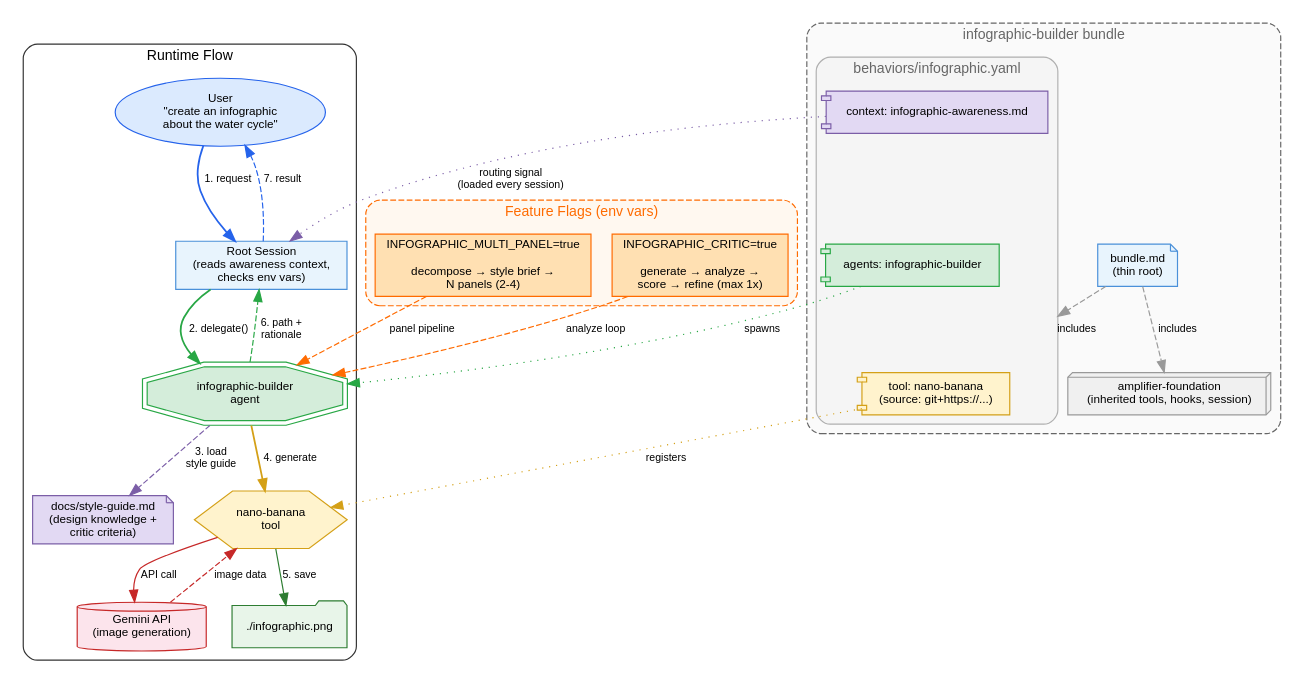
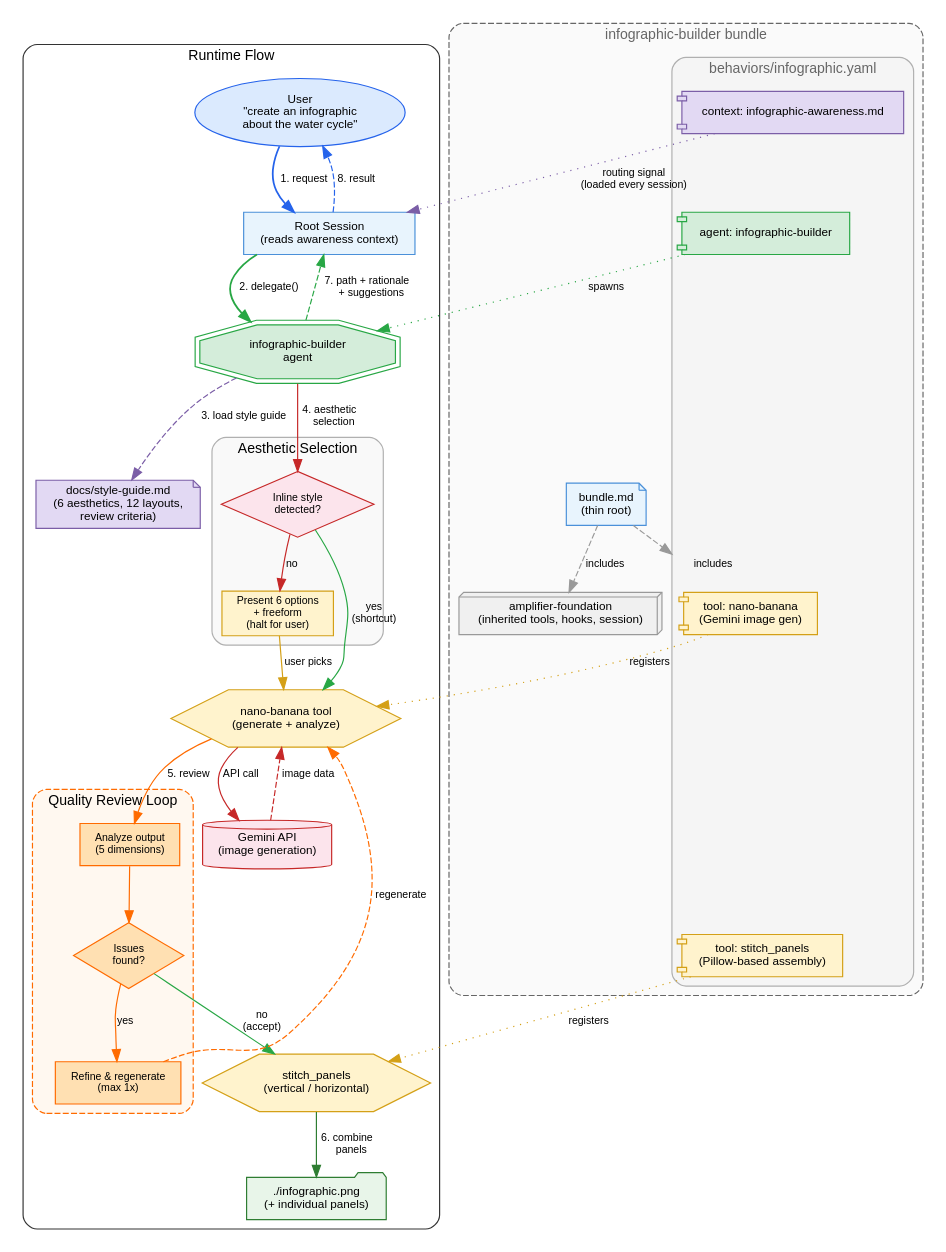
The diagram in docs/architecture.dot (singh2/infographic-builder), drawn with Graphviz before and after one commit. The commit also changed 1 other file, not shown here.

Commit message:
docs: update architecture diagram to reflect current system design
- Removed obsolete feature flag environment variable cluster
- Added aesthetic selection flow with inline detection shortcut
- Added quality review loop with refinement step
- Added stitch_panels tool wiring for multi-panel integration

Updated docs/architecture.dot (Graphviz source) and re-rendered docs/architecture.png

```diff
--- a/docs/architecture.dot
+++ b/docs/architecture.dot
@@ -7,7 +7,7 @@
     compound=true
     newrank=true
 
-    // ── Bundle Composition ──────────────────────────────────
+    // ── Bundle Composition ──────────────────────────────────────
 
     subgraph cluster_bundle {
         label="infographic-builder bundle"
@@ -29,15 +29,22 @@
             color="#b0b0b0"
             bgcolor="#f5f5f5"
 
-            tool_wire [
-                label="tool: nano-banana\n(source: git+https://...)"
+            tool_nano [
+                label="tool: nano-banana\n(Gemini image gen)"
+                shape=component
+                fillcolor="#fff3cd"
+                color="#d4a017"
+            ]
+
+            tool_stitch [
+                label="tool: stitch_panels\n(Pillow-based assembly)"
                 shape=component
                 fillcolor="#fff3cd"
                 color="#d4a017"
             ]
 
             agent_wire [
-                label="agents: infographic-builder"
+                label="agent: infographic-builder"
                 shape=component
                 fillcolor="#d4edda"
                 color="#28a745"
@@ -59,10 +66,10 @@
         ]
 
         bundle_md -> foundation [label="includes" style=dashed color="#999999"]
-        bundle_md -> tool_wire [label="includes" style=dashed color="#999999" lhead=cluster_behavior]
+        bundle_md -> tool_nano [label="includes" style=dashed color="#999999" lhead=cluster_behavior]
     }
 
-    // ── Runtime Components ──────────────────────────────────
+    // ── Runtime Flow ────────────────────────────────────────────
 
     subgraph cluster_runtime {
         label="Runtime Flow"
@@ -78,7 +85,7 @@
         ]
 
         root_session [
-            label="Root Session\n(reads awareness context,\nchecks env vars)"
+            label="Root Session\n(reads awareness context)"
             shape=box
             fillcolor="#e8f4fd"
             color="#4a90d9"
@@ -92,14 +99,37 @@
         ]
 
         style_guide [
-            label="docs/style-guide.md\n(design knowledge +\ncritic criteria)"
+            label="docs/style-guide.md\n(6 aesthetics, 12 layouts,\nreview criteria)"
             shape=note
             fillcolor="#e2d9f3"
             color="#7b5ea7"
         ]
 
+        subgraph cluster_aesthetic {
+            label="Aesthetic Selection"
+            style="rounded"
+            color="#b0b0b0"
+            bgcolor="#f9f9f9"
+
+            aesthetic_detect [
+                label="Inline style\ndetected?"
+                shape=diamond
+                fillcolor="#fce4ec"
+                color="#c62828"
+                fontsize=9
+            ]
+
+            aesthetic_prompt [
+                label="Present 6 options\n+ freeform\n(halt for user)"
+                shape=box
+                fillcolor="#fff3cd"
+                color="#d4a017"
+                fontsize=9
+            ]
+        }
+
         nano_banana [
-            label="nano-banana\ntool"
+            label="nano-banana tool\n(generate + analyze)"
             shape=hexagon
             fillcolor="#fff3cd"
             color="#d4a017"
@@ -112,65 +142,79 @@
             color="#c62828"
         ]
 
+        subgraph cluster_review {
+            label="Quality Review Loop"
+            style="rounded,dashed"
+            color="#ff6b00"
+            bgcolor="#fff8f0"
+
+            review [
+                label="Analyze output\n(5 dimensions)"
+                shape=box
+                fillcolor="#ffe0b2"
+                color="#ff6b00"
+                fontsize=9
+            ]
+
+            refine_check [
+                label="Issues\nfound?"
+                shape=diamond
+                fillcolor="#ffe0b2"
+                color="#ff6b00"
+                fontsize=9
+            ]
+
+            refine [
+                label="Refine & regenerate\n(max 1x)"
+                shape=box
+                fillcolor="#ffe0b2"
+                color="#ff6b00"
+                fontsize=9
+            ]
+        }
+
+        stitch [
+            label="stitch_panels\n(vertical / horizontal)"
+            shape=hexagon
+            fillcolor="#fff3cd"
+            color="#d4a017"
+        ]
+
         image [
-            label="./infographic.png"
+            label="./infographic.png\n(+ individual panels)"
             shape=folder
             fillcolor="#e8f5e9"
             color="#2e7d32"
         ]
     }
 
-    // ── Main Flow Edges ─────────────────────────────────────
+    // ── Main Flow Edges ─────────────────────────────────────────
 
     user -> root_session [label="1. request" color="#2563eb" penwidth=1.5]
     root_session -> agent [label="2. delegate()" color="#28a745" penwidth=1.5]
-    agent -> style_guide [label="3. load\nstyle guide" style=dashed color="#7b5ea7"]
-    agent -> nano_banana [label="4. generate" color="#d4a017" penwidth=1.5]
+    agent -> style_guide [label="3. load style guide" style=dashed color="#7b5ea7"]
+    agent -> aesthetic_detect [label="4. aesthetic\n    selection" color="#c62828"]
+    aesthetic_detect -> aesthetic_prompt [label="no" color="#c62828"]
+    aesthetic_detect -> nano_banana [label="yes\n(shortcut)" color="#28a745"]
+    aesthetic_prompt -> nano_banana [label="user picks" color="#d4a017"]
     nano_banana -> gemini [label="API call" color="#c62828"]
     gemini -> nano_banana [label="image data" color="#c62828" style=dashed]
-    nano_banana -> image [label="5. save" color="#2e7d32"]
-    agent -> root_session [label="6. path +\nrationale" color="#28a745" style=dashed]
-    root_session -> user [label="7. result" color="#2563eb" style=dashed]
 
-    // ── Feature Flags ───────────────────────────────────────
+    // Quality review loop
+    nano_banana -> review [label="5. review" color="#ff6b00"]
+    review -> refine_check [color="#ff6b00"]
+    refine_check -> refine [label="yes" color="#ff6b00"]
+    refine_check -> stitch [label="no\n(accept)" color="#28a745"]
+    refine -> nano_banana [label="regenerate" color="#ff6b00" style=dashed]
 
-    subgraph cluster_flags {
-        label="Feature Flags (env vars)"
-        style="rounded,dashed"
-        color="#ff6b00"
-        fontcolor="#ff6b00"
-        bgcolor="#fff8f0"
+    // Multi-panel stitching
+    stitch -> image [label="6. combine\n    panels" color="#2e7d32"]
 
-        critic [
-            label="INFOGRAPHIC_CRITIC=true\n\ngenerate → analyze →\nscore → refine (max 1x)"
-            shape=box
-            fillcolor="#ffe0b2"
-            color="#ff6b00"
-        ]
+    // Return path
+    agent -> root_session [label="7. path + rationale\n    + suggestions" color="#28a745" style=dashed]
+    root_session -> user [label="8. result" color="#2563eb" style=dashed]
 
-        multi_panel [
-            label="INFOGRAPHIC_MULTI_PANEL=true\n\ndecompose → style brief →\nN panels (2-4)"
-            shape=box
-            fillcolor="#ffe0b2"
-            color="#ff6b00"
-        ]
-    }
-
-    // ── Flag connections ────────────────────────────────────
-
-    critic -> agent [
-        label="analyze loop"
-        style=dashed
-        color="#ff6b00"
-    ]
-
-    multi_panel -> agent [
-        label="panel pipeline"
-        style=dashed
-        color="#ff6b00"
-    ]
-
-    // ── Wiring connections (bundle → runtime) ───────────────
+    // ── Wiring connections (bundle → runtime) ───────────────────
 
     context_wire -> root_session [
         label="routing signal\n(loaded every session)"
@@ -184,7 +228,13 @@
         color="#28a745"
     ]
 
-    tool_wire -> nano_banana [
+    tool_nano -> nano_banana [
+        label="registers"
+        style=dotted
+        color="#d4a017"
+    ]
+
+    tool_stitch -> stitch [
         label="registers"
         style=dotted
         color="#d4a017"
```
